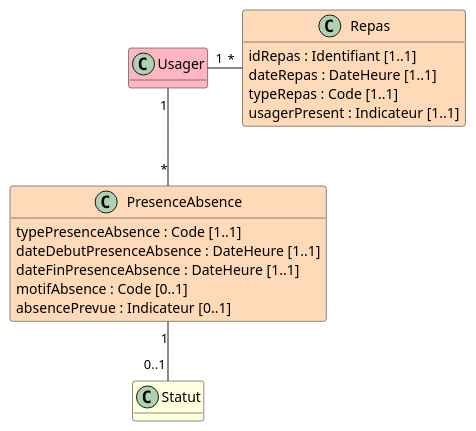
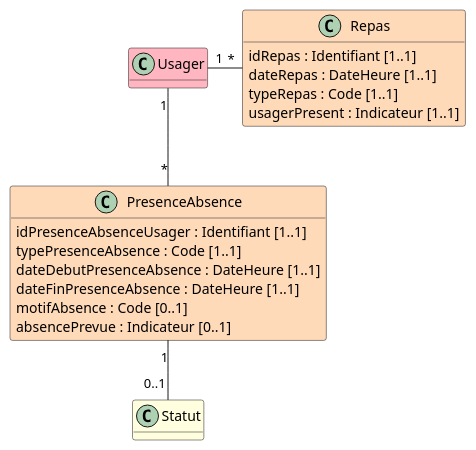
Before and after one commit to ansforge/IG-fhir-medicosocial-transfert-donnees-dui: the diagram in input/images-source/bloc_PresenceAbsence_repas.plantuml, drawn with PlantUML. The commit also changed 1 other file, not shown here.

Commit message:
presence-absence

```diff
--- a/input/images-source/bloc_PresenceAbsence_repas.plantuml
+++ b/input/images-source/bloc_PresenceAbsence_repas.plantuml
@@ -1,27 +1,28 @@
 @startuml
 
 hide empty methods
 
 class Usager #LightPink
 
 class Statut #LightYellow
 
 class PresenceAbsence #PeachPuff {
+    idPresenceAbsenceUsager : Identifiant [1..1]
     typePresenceAbsence : Code [1..1]
     dateDebutPresenceAbsence : DateHeure [1..1]
     dateFinPresenceAbsence : DateHeure [1..1]
     motifAbsence : Code [0..1]
     absencePrevue : Indicateur [0..1]
 }
 
 class Repas #PeachPuff {
     idRepas : Identifiant [1..1]
     dateRepas : DateHeure [1..1]
     typeRepas : Code [1..1]
     usagerPresent : Indicateur [1..1]
     }
 
 Usager "1" -- "*" PresenceAbsence
 Usager "1" - "*" Repas
 PresenceAbsence "1" -- "0..1" Statut
 @enduml
```
